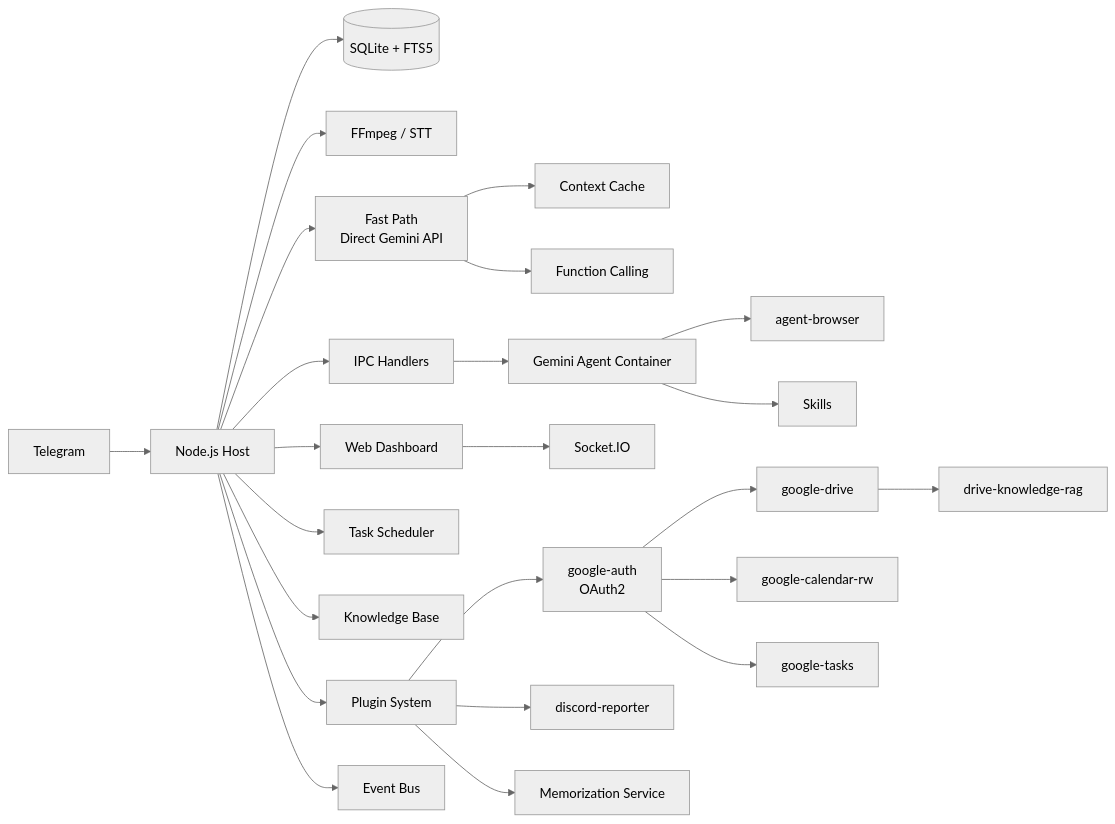
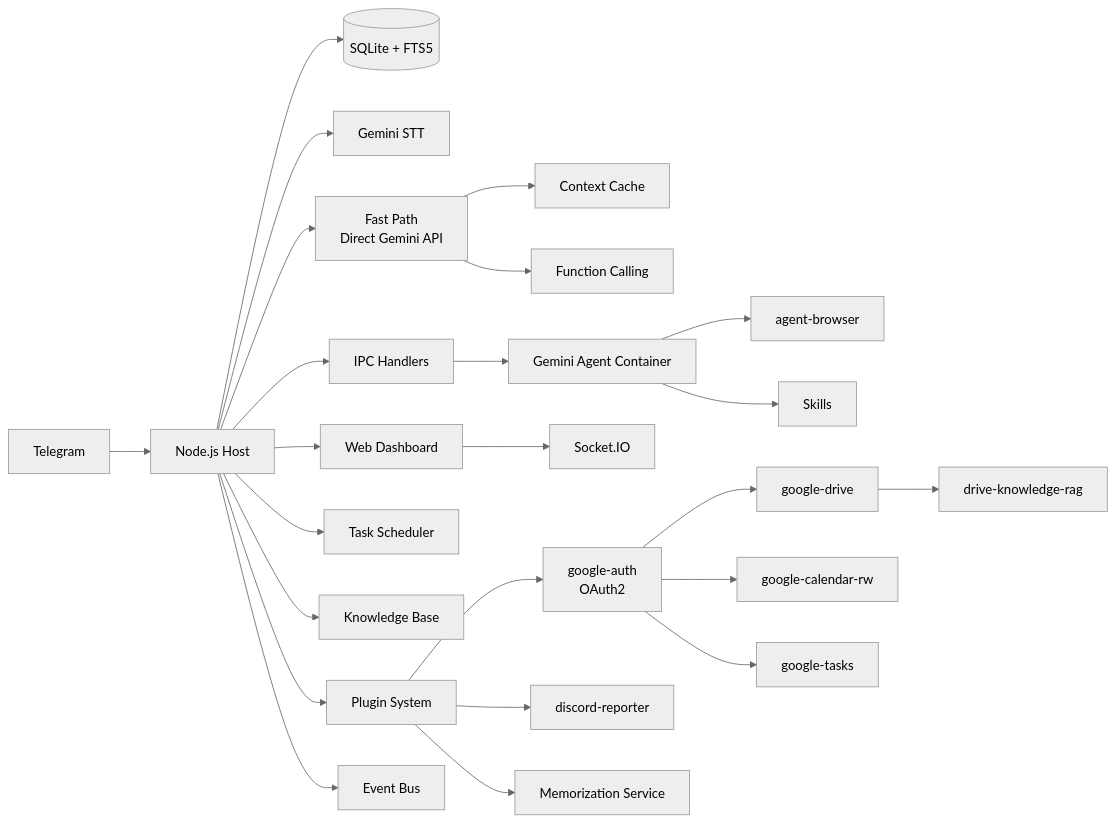
The diagram in README.ko.md (Rlin1027/NanoGemClaw), drawn with Mermaid (neutral theme) before and after one commit. The commit also changed other lines of this file and 7 other files, not shown here.

````diff
--- a/README.ko.md
+++ b/README.ko.md
@@ -386,26 +397,26 @@
 ```mermaid
 graph LR
     TG[Telegram] --> Bot[Node.js Host]
     Bot --> DB[(SQLite + FTS5)]
-    Bot --> STT[FFmpeg / STT]
+    Bot --> STT[Gemini STT]
     Bot --> FP[Fast Path<br/>Direct Gemini API]
     FP --> Cache[Context Cache]
     FP --> FC[Function Calling]
     Bot --> IPC[IPC Handlers]
     IPC --> Container[Gemini Agent Container]
     Container --> Browser[agent-browser]
     Container --> Skills[Skills]
     Bot --> Dashboard[Web Dashboard]
     Dashboard --> WS[Socket.IO]
     Bot --> Scheduler[Task Scheduler]
     Bot --> Knowledge[Knowledge Base]
     Bot --> Plugins[Plugin System]
     Plugins --> GAuth[google-auth<br/>OAuth2]
     GAuth --> GDrive[google-drive]
     GAuth --> GCal[google-calendar-rw]
     GAuth --> GTasks[google-tasks]
     GDrive --> RAG[drive-knowledge-rag]
     Plugins --> Discord[discord-reporter]
     Plugins --> Memo[Memorization Service]
     Bot --> EB[Event Bus]
 ```
````
